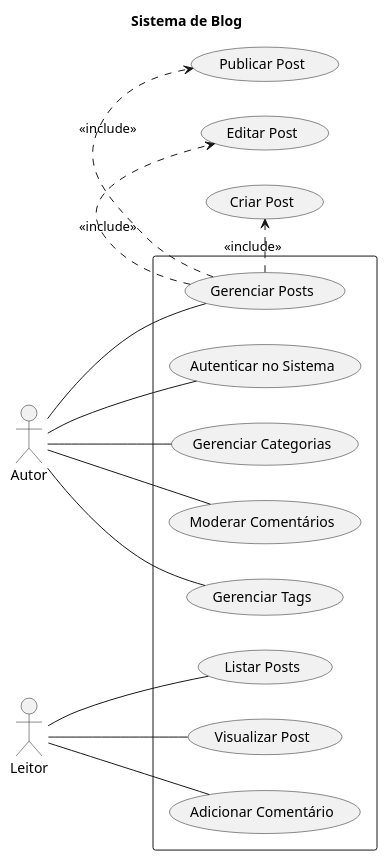
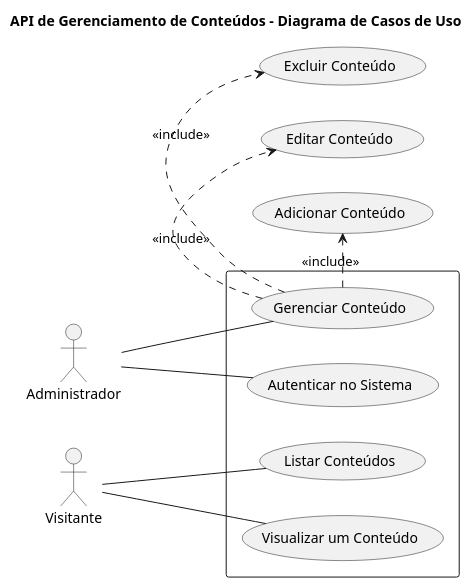
One commit to Ha1000tonG/sistema-lista changed the diagram in CASO_DE_USO.puml. Above: the diagram before and after it, drawn with PlantUML. The commit also changed other lines of this file, not shown here.

Commit message:
refactor: Atualiza diagrama de casos de uso para o sistema de gerenciamento de conteúdos

```diff
--- a/CASO_DE_USO.puml
+++ b/CASO_DE_USO.puml
@@ -2,45 +1,37 @@
 @startuml CASO_DE_USO
 
 ' Define o título do diagrama
-title Sistema de Blog
+title API de Gerenciamento de Conteúdos - Diagrama de Casos de Uso
 
-' Define o ator "Autor" à esquerda
+' Define os atores
 left to right direction
-actor "Autor" as autor
-
-' Define o ator "Leitor" à direita
-actor "Leitor" as leitor
+actor "Administrador" as admin
+actor "Visitante" as visitor
 
 ' Define o retângulo que representa o sistema
 rectangle {
-  ' Casos de uso do Autor
+
+  ' Casos de uso do Administrador
   usecase "Autenticar no Sistema" as UC1
-  usecase "Gerenciar Posts" as UC2
-  usecase "Gerenciar Categorias" as UC3
-  usecase "Moderar Comentários" as UC4
-  usecase "Gerenciar Tags" as UC8
+  usecase "Gerenciar Conteúdo" as UC2
 
-  ' Casos de uso do Leitor
-  usecase "Listar Posts" as UC5
-  usecase "Visualizar Post" as UC6
-  usecase "Adicionar Comentário" as UC7
+  ' Casos de uso do Visitante
+  usecase "Listar Conteúdos" as UC3
+  usecase "Visualizar um Conteúdo" as UC4
 }
 
 ' Ligações dos atores aos casos de uso
-autor -- UC1
-autor -- UC2
-autor -- UC3
-autor -- UC4
-autor -- UC8
+admin -- UC1
+admin -- UC2
 
-leitor -- UC5
-leitor -- UC6
-leitor -- UC7
+visitor -- UC3
+visitor -- UC4
 
-' Detalhando o caso de uso "Gerenciar Posts" com include
-' "include" significa que um caso de uso sempre inclui o outro
-UC2 .> (Criar Post) : <<include>>
-UC2 .> (Editar Post) : <<include>>
-UC2 .> (Publicar Post) : <<include>>
+' Detalhando o caso de uso "Gerenciar Conteúdo"
+' A relação "include" significa que para gerenciar, é preciso fazer uma dessas ações.
+UC2 .> (Adicionar Conteúdo) : <<include>>
+UC2 .> (Editar Conteúdo) : <<include>>
+UC2 .> (Excluir Conteúdo) : <<include>>
+
 
 @enduml
```
